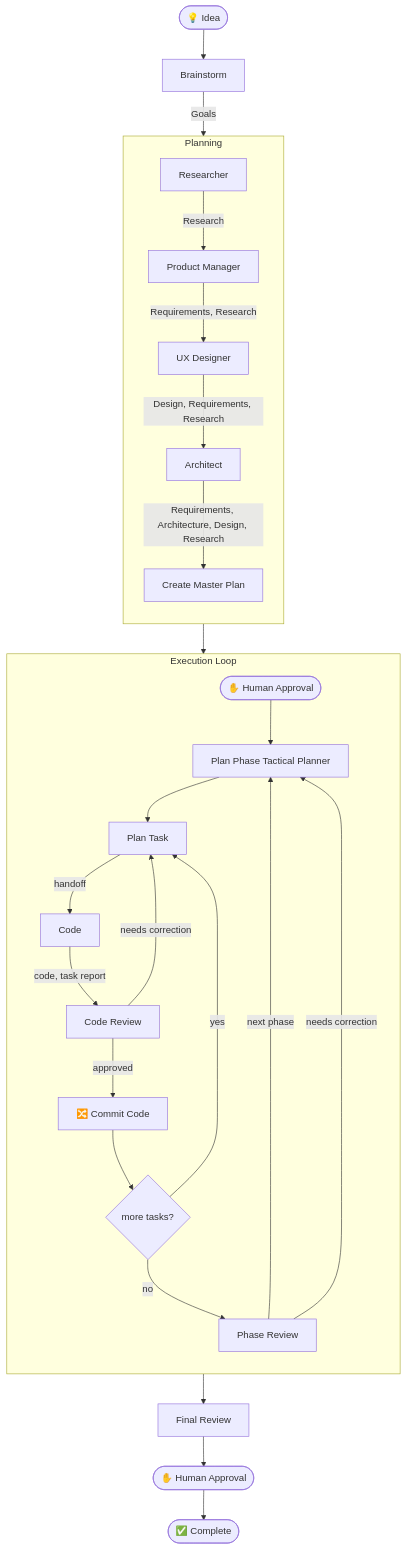
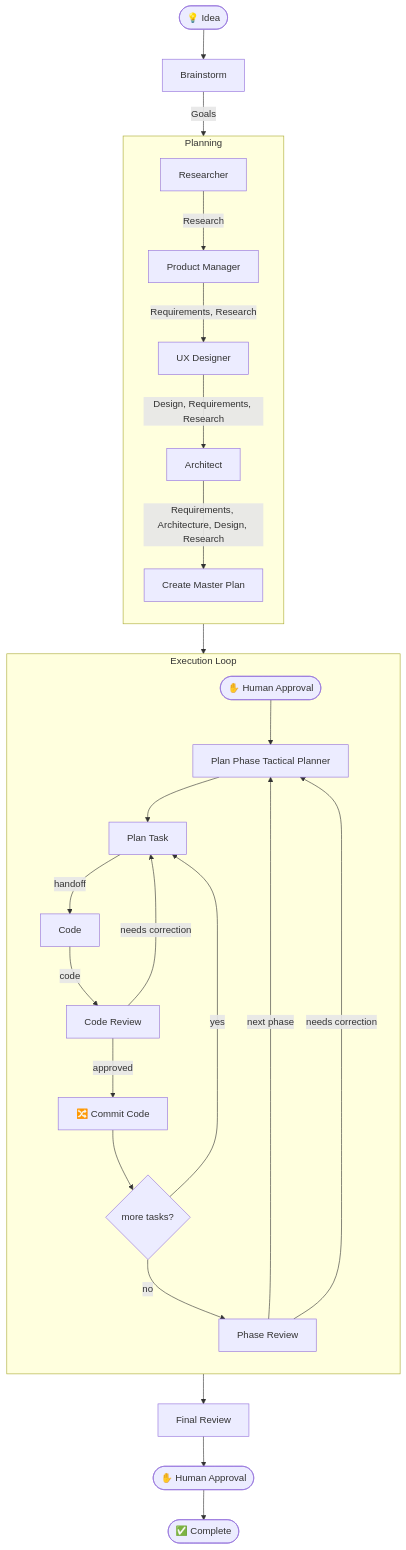
The diagram in README.md (MetalHexx/RadOrchestration), drawn with Mermaid before and after one commit. The commit also changed other lines of this file and 10 other files, not shown here.

````diff
--- a/README.md
+++ b/README.md
@@ -11,34 +11,34 @@
 ```mermaid
 flowchart TD
     START([💡 Idea]) --> BRAINSTORM[Brainstorm]
     BRAINSTORM --> |Goals| RESEARCH
 
     subgraph PLANNING [Planning]
         direction TB
         RESEARCH[Researcher] --> |Research| PRD[Product Manager]
         PRD --> |Requirements, Research| DESIGN[UX Designer]
         DESIGN --> |Design, Requirements, Research| ARCH[Architect]
         ARCH --> |Requirements, Architecture, Design, Research| MASTERPLAN[Create Master Plan]
     end
 
     MASTERPLAN --> GATE1(["✋ Human Approval"])
 
     subgraph EXECUTION [Execution Loop]
         direction TB
         GATE1 --> PHASE[Plan Phase Tactical Planner]
         PHASE --> HANDOFF[Plan Task]
         HANDOFF --> |handoff| CODE[Code]
-        CODE --> |code, task report|REVIEW[Code Review]
+        CODE --> |code|REVIEW[Code Review]
         REVIEW -->|needs correction | HANDOFF
         REVIEW -->|approved| COMMIT[🔀 Commit Code]
         COMMIT --> MORETASKS{more tasks?}
         MORETASKS -->|yes| HANDOFF
         MORETASKS -->|no| PHASEREVIEW[Phase Review]
         PHASEREVIEW -->|next phase| PHASE
         PHASEREVIEW -->|needs correction| PHASE
     end
 
     PHASEREVIEW --> FINAL[Final Review]
     FINAL --> GATE2(["✋ Human Approval"])
     GATE2 --> DONE([✅ Complete])
 ```
````
